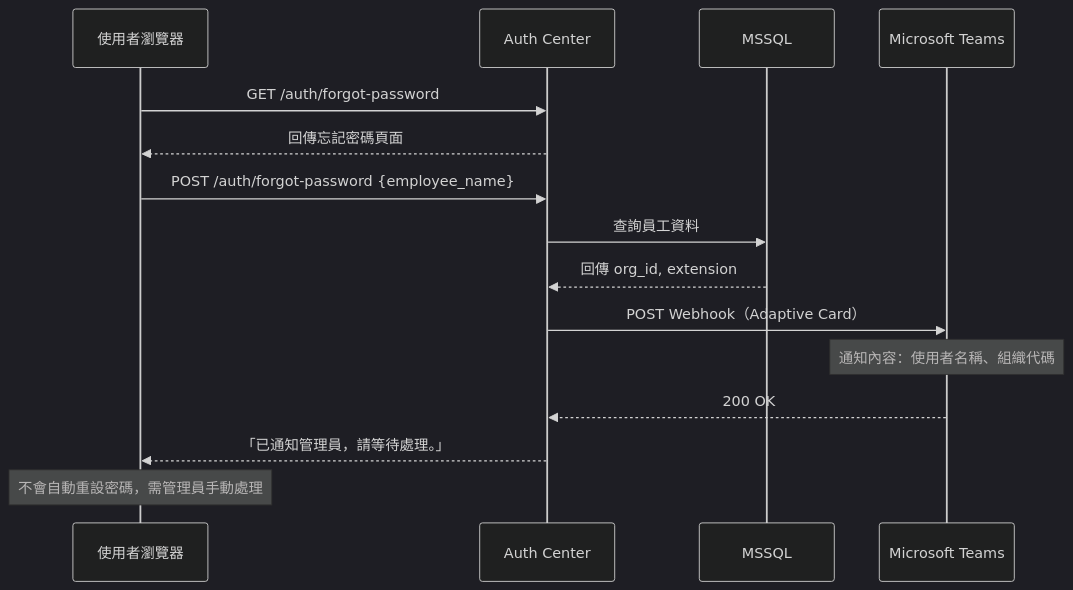
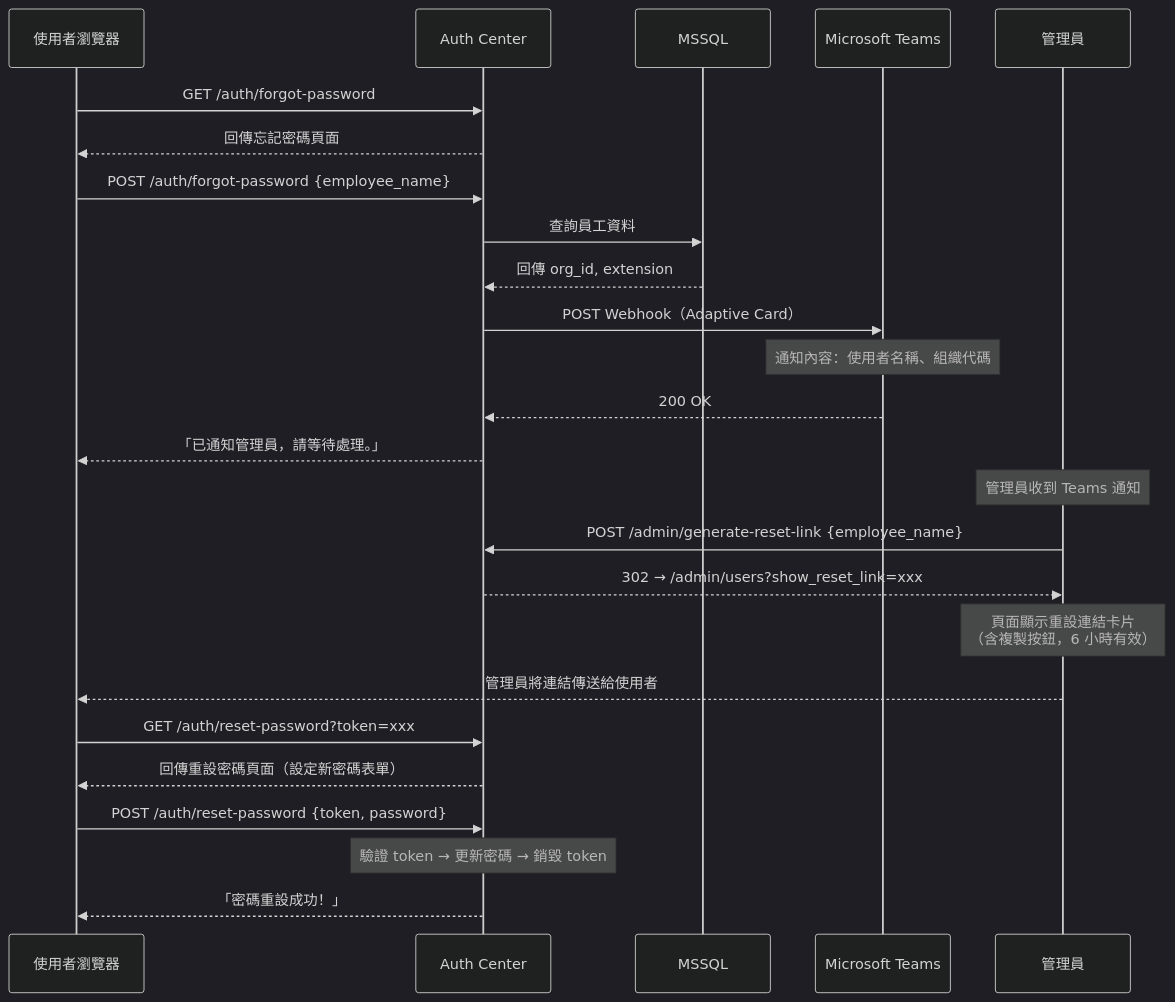
Before and after one commit to bwinken/authcenter: the fourth of 12 diagrams in README.md, drawn with Mermaid (dark theme). The commit also changed other lines of this file, not shown here.

````diff
--- a/README.md
+++ b/README.md
@@ -687,19 +688,31 @@
 ```mermaid
 sequenceDiagram
     participant U as 使用者瀏覽器
     participant C as Auth Center
     participant M as MSSQL
     participant T as Microsoft Teams
+    participant A as 管理員
 
     U->>C: GET /auth/forgot-password
     C-->>U: 回傳忘記密碼頁面
 
     U->>C: POST /auth/forgot-password {employee_name}
     C->>M: 查詢員工資料
     M-->>C: 回傳 org_id, extension
     C->>T: POST Webhook（Adaptive Card）
     Note over T: 通知內容：使用者名稱、組織代碼
     T-->>C: 200 OK
     C-->>U: 「已通知管理員，請等待處理。」
-    Note over U: 不會自動重設密碼，需管理員手動處理
+
+    Note over A: 管理員收到 Teams 通知
+    A->>C: POST /admin/generate-reset-link {employee_name}
+    C-->>A: 302 → /admin/users?show_reset_link=xxx
+    Note over A: 頁面顯示重設連結卡片<br/>（含複製按鈕，6 小時有效）
+    A-->>U: 管理員將連結傳送給使用者
+
+    U->>C: GET /auth/reset-password?token=xxx
+    C-->>U: 回傳重設密碼頁面（設定新密碼表單）
+    U->>C: POST /auth/reset-password {token, password}
+    Note over C: 驗證 token → 更新密碼 → 銷毀 token
+    C-->>U: 「密碼重設成功！」
 ```
````
